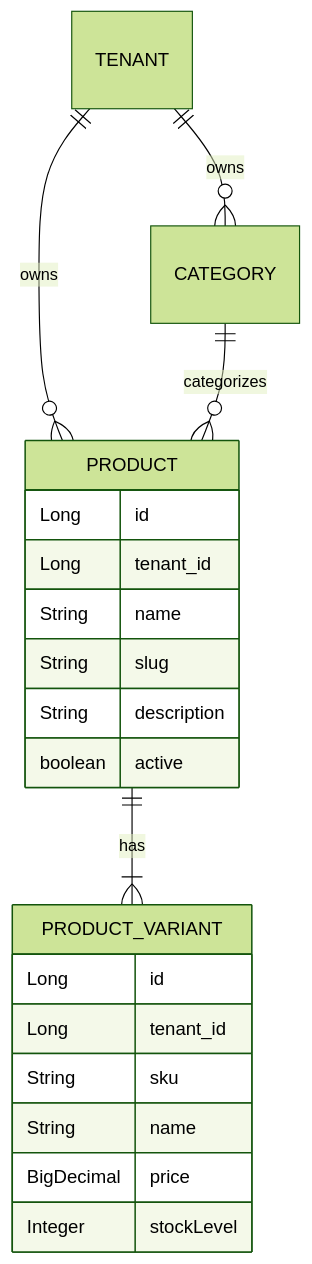
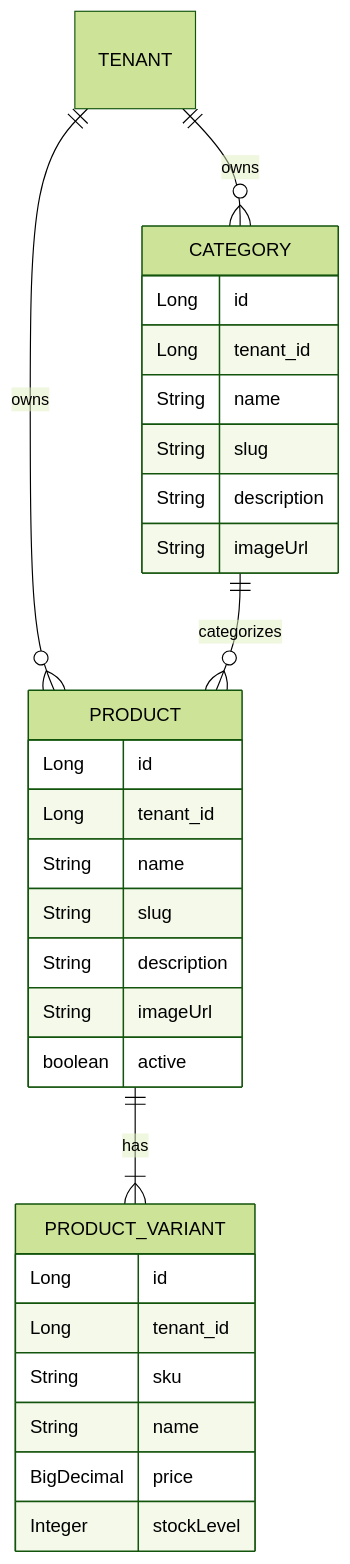
One commit to Firasbaklouti1/shopify-alternative changed the second of 2 diagrams in src/main/java/com/firas/saas/product/README.md. Above: the diagram before and after it, drawn with Mermaid (forest theme). The commit also changed other lines of this file and 37 other files, not shown here.

````diff
--- a/src/main/java/com/firas/saas/product/README.md
+++ b/src/main/java/com/firas/saas/product/README.md
@@ -35,25 +43,35 @@
 ```mermaid
 erDiagram
     TENANT ||--o{ PRODUCT : owns
     TENANT ||--o{ CATEGORY : owns
     CATEGORY ||--o{ PRODUCT : categorizes
     PRODUCT ||--|{ PRODUCT_VARIANT : has
     
     PRODUCT {
         Long id
         Long tenant_id
         String name
         String slug
         String description
+        String imageUrl
         boolean active
+    }
+    
+    CATEGORY {
+        Long id
+        Long tenant_id
+        String name
+        String slug
+        String description
+        String imageUrl
     }
     
     PRODUCT_VARIANT {
         Long id
         Long tenant_id
         String sku
         String name
         BigDecimal price
         Integer stockLevel
     }
 ```
````
